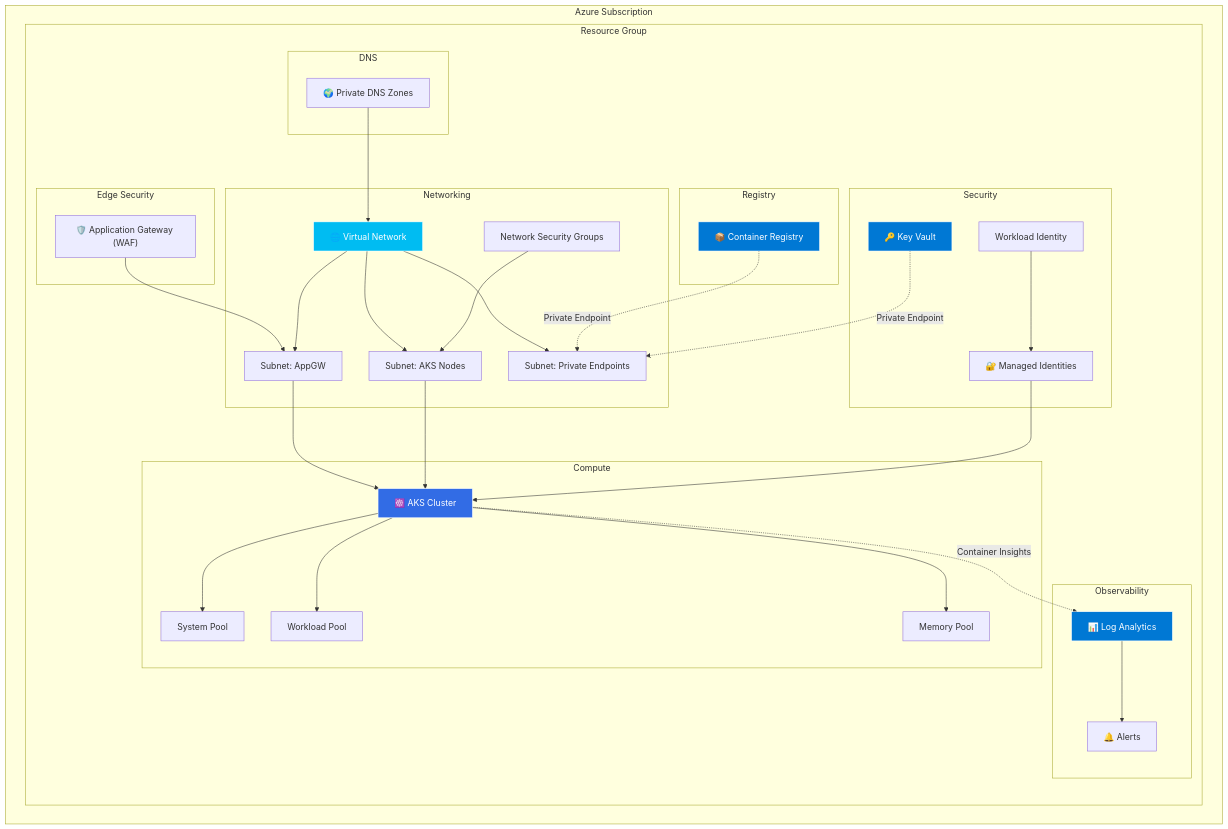
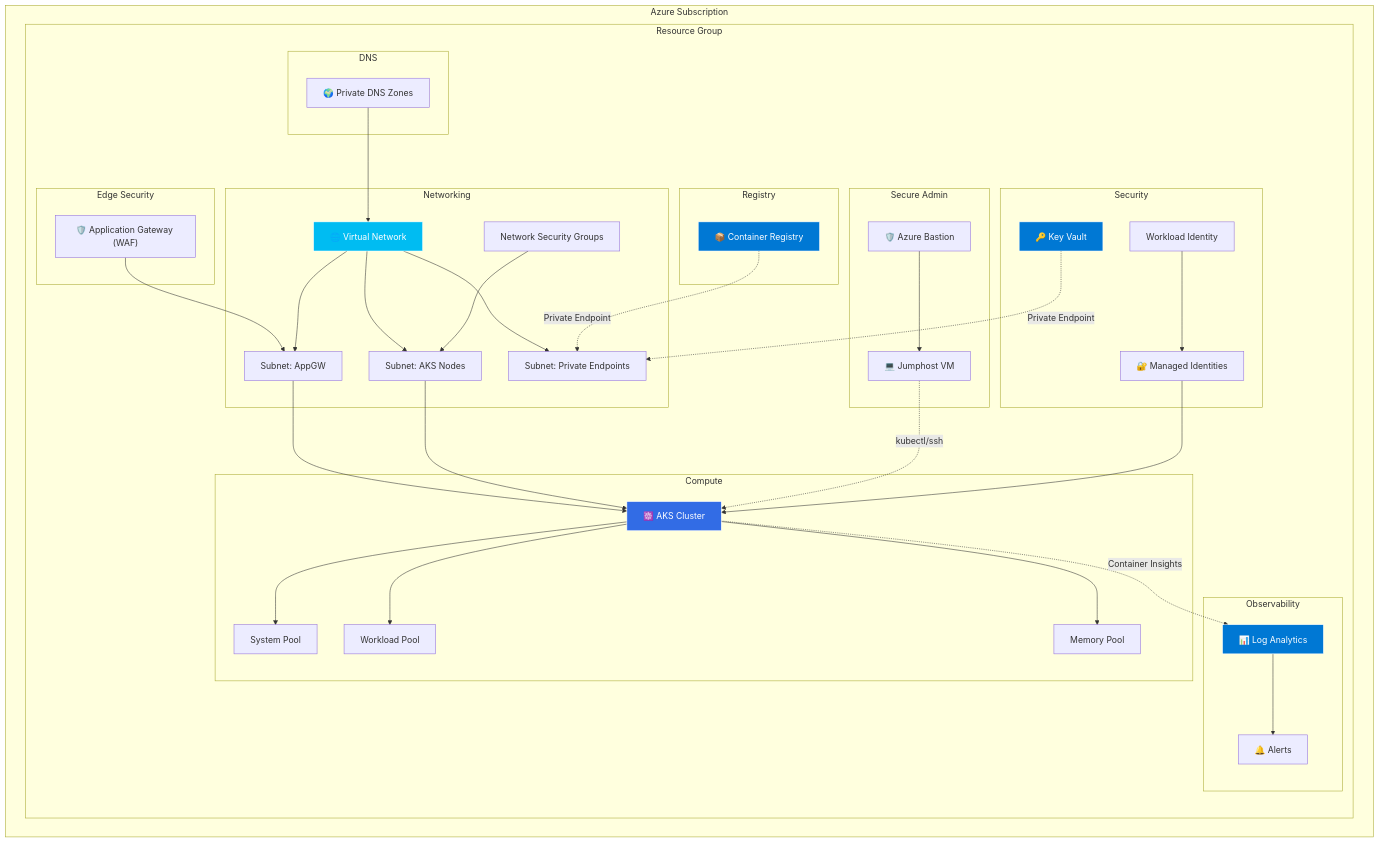
The diagram in README.md (fyls237/plateform-aks-standards-entreprise), drawn with Mermaid before and after one commit. The commit also changed other lines of this file and 9 other files, not shown here.

First line of the commit message:
feat(security): implement secure cluster administration via azure bas… (#47)

````diff
--- a/README.md
+++ b/README.md
@@ -36,65 +36,72 @@
 ```mermaid
 graph TB
     subgraph "Azure Subscription"
         subgraph "Resource Group"
             subgraph "Edge Security"
                 APPGW["🛡️ Application Gateway (WAF)"]
             end
 
             subgraph "Networking"
                 VNET["🌐 Virtual Network"]
                 SNET_AKS["Subnet: AKS Nodes"]
                 SNET_PE["Subnet: Private Endpoints"]
                 SNET_AGW["Subnet: AppGW"]
                 NSG["Network Security Groups"]
             end
 
             subgraph "Compute"
                 AKS["☸️ AKS Cluster"]
                 SYS["System Pool"]
                 WORK["Workload Pool"]
                 MEM["Memory Pool"]
+            end
+
+            subgraph "Secure Admin"
+                BASTION["🛡️ Azure Bastion"]
+                JUMP["💻 Jumphost VM"]
             end
 
             subgraph "Security"
                 MI["🔐 Managed Identities"]
                 KV["🔑 Key Vault"]
                 WI["Workload Identity"]
             end
 
             subgraph "Registry"
                 ACR["📦 Container Registry"]
             end
 
             subgraph "Observability"
                 LAW["📊 Log Analytics"]
                 MON["🔔 Alerts"]
             end
 
             subgraph "DNS"
                 PDNS["🌍 Private DNS Zones"]
             end
         end
     end
 
     APPGW --> SNET_AGW
     SNET_AGW --> AKS
     VNET --> SNET_AKS --> AKS
     VNET --> SNET_PE
     VNET --> SNET_AGW
+    BASTION --> JUMP
+    JUMP -.->|kubectl/ssh| AKS
     NSG --> SNET_AKS
     MI --> AKS
     WI --> MI
     AKS --> SYS & WORK & MEM
     ACR -.->|Private Endpoint| SNET_PE
     KV -.->|Private Endpoint| SNET_PE
     AKS -.->|Container Insights| LAW
     LAW --> MON
     PDNS --> VNET
 
     style AKS fill:#326CE5,stroke:#fff,color:#fff
     style ACR fill:#0078D4,stroke:#fff,color:#fff
     style KV fill:#0078D4,stroke:#fff,color:#fff
     style LAW fill:#0078D4,stroke:#fff,color:#fff
     style VNET fill:#00BCF2,stroke:#fff,color:#fff
 ```
````
